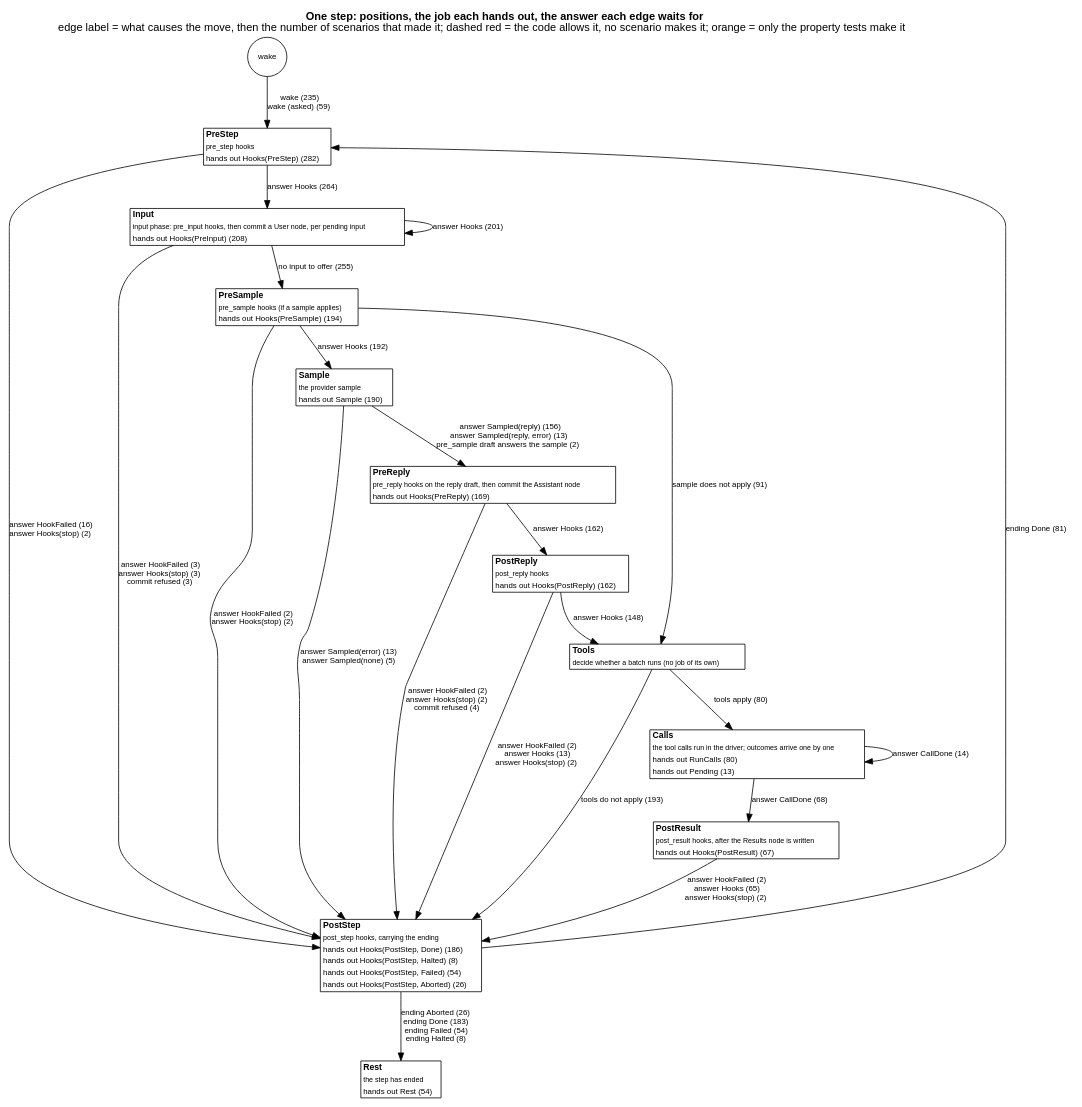
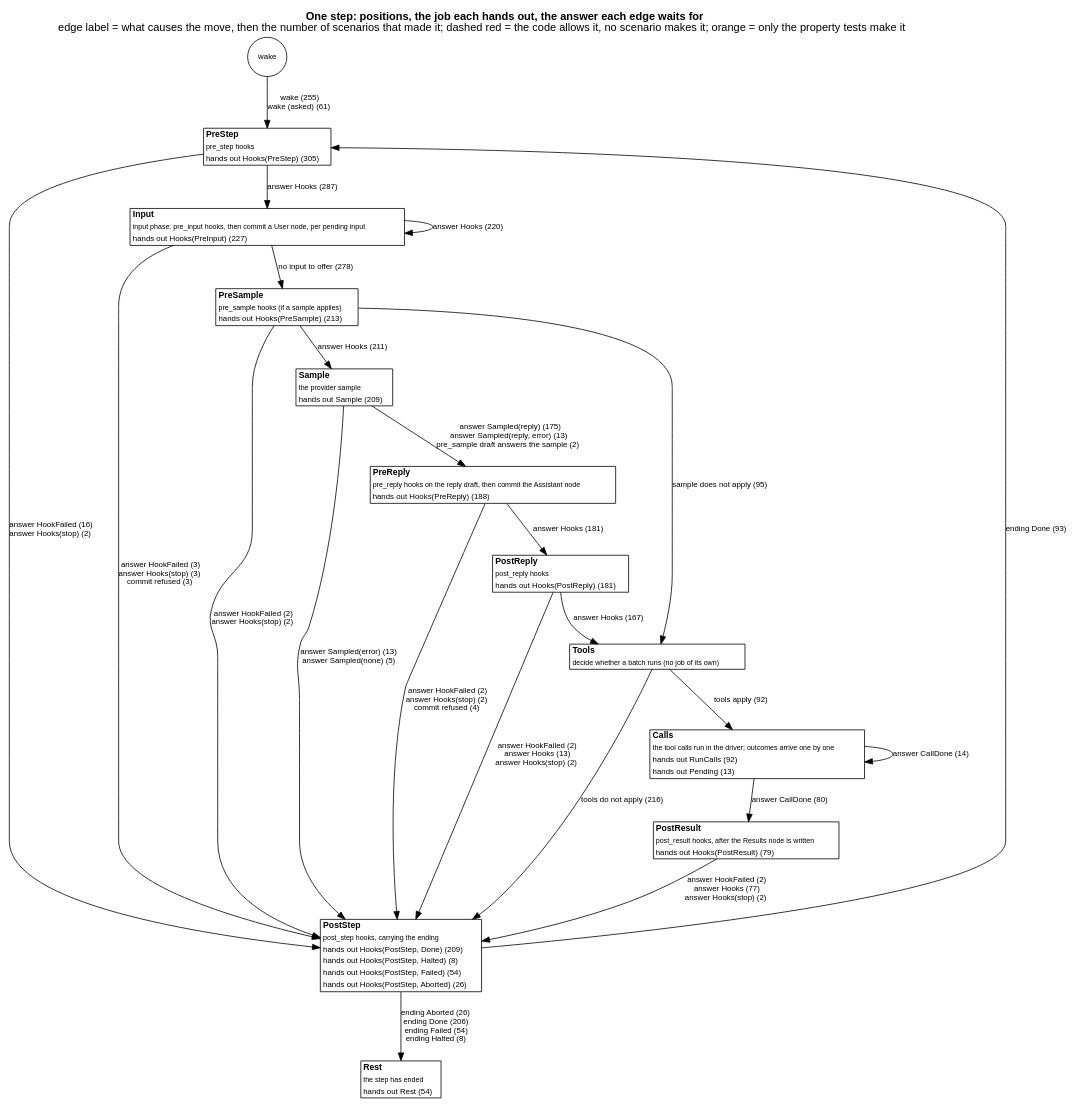
One commit to jmccardle/tau changed the diagram in docs/as-built/diagrams/step-positions.dot. Above: the diagram before and after it, drawn with Graphviz. The commit also changed 61 other files, not shown here.

```diff
--- a/docs/as-built/diagrams/step-positions.dot
+++ b/docs/as-built/diagrams/step-positions.dot
@@ -1,40 +1,40 @@
 // Generated by scripts/diagrams.sh from the test suites' transitions. Do not edit.
 digraph step_positions {
   graph [rankdir=TB, fontname="Helvetica", nodesep=0.5, ranksep=0.6, labelloc=t, label=<<b>One step: positions, the job each hands out, the answer each edge waits for</b><br/>edge label = what causes the move, then the number of scenarios that made it; dashed red = the code allows it, no scenario makes it; orange = only the property tests make it>];
   node [shape=plain, fontname="Helvetica", fontsize=11];
   edge [fontname="Helvetica", fontsize=10];
   "(wake)" [shape=circle, label="wake", fontsize=10];
-  "PreStep" [label=<<table border="1" cellborder="0" cellspacing="0" bgcolor="white"><tr><td align="left"><b>PreStep</b></td></tr><tr><td align="left"><font point-size="9">pre_step hooks</font></td></tr><tr><td align="left"><font color="black" point-size="10">hands out Hooks(PreStep) (282)</font></td></tr></table>>];
-  "Input" [label=<<table border="1" cellborder="0" cellspacing="0" bgcolor="white"><tr><td align="left"><b>Input</b></td></tr><tr><td align="left"><font point-size="9">input phase: pre_input hooks, then commit a User node, per pending input</font></td></tr><tr><td align="left"><font color="black" point-size="10">hands out Hooks(PreInput) (208)</font></td></tr></table>>];
-  "PreSample" [label=<<table border="1" cellborder="0" cellspacing="0" bgcolor="white"><tr><td align="left"><b>PreSample</b></td></tr><tr><td align="left"><font point-size="9">pre_sample hooks (if a sample applies)</font></td></tr><tr><td align="left"><font color="black" point-size="10">hands out Hooks(PreSample) (194)</font></td></tr></table>>];
-  "Sample" [label=<<table border="1" cellborder="0" cellspacing="0" bgcolor="white"><tr><td align="left"><b>Sample</b></td></tr><tr><td align="left"><font point-size="9">the provider sample</font></td></tr><tr><td align="left"><font color="black" point-size="10">hands out Sample (190)</font></td></tr></table>>];
-  "PreReply" [label=<<table border="1" cellborder="0" cellspacing="0" bgcolor="white"><tr><td align="left"><b>PreReply</b></td></tr><tr><td align="left"><font point-size="9">pre_reply hooks on the reply draft, then commit the Assistant node</font></td></tr><tr><td align="left"><font color="black" point-size="10">hands out Hooks(PreReply) (169)</font></td></tr></table>>];
-  "PostReply" [label=<<table border="1" cellborder="0" cellspacing="0" bgcolor="white"><tr><td align="left"><b>PostReply</b></td></tr><tr><td align="left"><font point-size="9">post_reply hooks</font></td></tr><tr><td align="left"><font color="black" point-size="10">hands out Hooks(PostReply) (162)</font></td></tr></table>>];
+  "PreStep" [label=<<table border="1" cellborder="0" cellspacing="0" bgcolor="white"><tr><td align="left"><b>PreStep</b></td></tr><tr><td align="left"><font point-size="9">pre_step hooks</font></td></tr><tr><td align="left"><font color="black" point-size="10">hands out Hooks(PreStep) (305)</font></td></tr></table>>];
+  "Input" [label=<<table border="1" cellborder="0" cellspacing="0" bgcolor="white"><tr><td align="left"><b>Input</b></td></tr><tr><td align="left"><font point-size="9">input phase: pre_input hooks, then commit a User node, per pending input</font></td></tr><tr><td align="left"><font color="black" point-size="10">hands out Hooks(PreInput) (227)</font></td></tr></table>>];
+  "PreSample" [label=<<table border="1" cellborder="0" cellspacing="0" bgcolor="white"><tr><td align="left"><b>PreSample</b></td></tr><tr><td align="left"><font point-size="9">pre_sample hooks (if a sample applies)</font></td></tr><tr><td align="left"><font color="black" point-size="10">hands out Hooks(PreSample) (213)</font></td></tr></table>>];
+  "Sample" [label=<<table border="1" cellborder="0" cellspacing="0" bgcolor="white"><tr><td align="left"><b>Sample</b></td></tr><tr><td align="left"><font point-size="9">the provider sample</font></td></tr><tr><td align="left"><font color="black" point-size="10">hands out Sample (209)</font></td></tr></table>>];
+  "PreReply" [label=<<table border="1" cellborder="0" cellspacing="0" bgcolor="white"><tr><td align="left"><b>PreReply</b></td></tr><tr><td align="left"><font point-size="9">pre_reply hooks on the reply draft, then commit the Assistant node</font></td></tr><tr><td align="left"><font color="black" point-size="10">hands out Hooks(PreReply) (188)</font></td></tr></table>>];
+  "PostReply" [label=<<table border="1" cellborder="0" cellspacing="0" bgcolor="white"><tr><td align="left"><b>PostReply</b></td></tr><tr><td align="left"><font point-size="9">post_reply hooks</font></td></tr><tr><td align="left"><font color="black" point-size="10">hands out Hooks(PostReply) (181)</font></td></tr></table>>];
   "Tools" [label=<<table border="1" cellborder="0" cellspacing="0" bgcolor="white"><tr><td align="left"><b>Tools</b></td></tr><tr><td align="left"><font point-size="9">decide whether a batch runs (no job of its own)</font></td></tr></table>>];
-  "Calls" [label=<<table border="1" cellborder="0" cellspacing="0" bgcolor="white"><tr><td align="left"><b>Calls</b></td></tr><tr><td align="left"><font point-size="9">the tool calls run in the driver; outcomes arrive one by one</font></td></tr><tr><td align="left"><font color="black" point-size="10">hands out RunCalls (80)</font></td></tr><tr><td align="left"><font color="black" point-size="10">hands out Pending (13)</font></td></tr></table>>];
-  "PostResult" [label=<<table border="1" cellborder="0" cellspacing="0" bgcolor="white"><tr><td align="left"><b>PostResult</b></td></tr><tr><td align="left"><font point-size="9">post_result hooks, after the Results node is written</font></td></tr><tr><td align="left"><font color="black" point-size="10">hands out Hooks(PostResult) (67)</font></td></tr></table>>];
-  "PostStep" [label=<<table border="1" cellborder="0" cellspacing="0" bgcolor="white"><tr><td align="left"><b>PostStep</b></td></tr><tr><td align="left"><font point-size="9">post_step hooks, carrying the ending</font></td></tr><tr><td align="left"><font color="black" point-size="10">hands out Hooks(PostStep, Done) (186)</font></td></tr><tr><td align="left"><font color="black" point-size="10">hands out Hooks(PostStep, Halted) (8)</font></td></tr><tr><td align="left"><font color="black" point-size="10">hands out Hooks(PostStep, Failed) (54)</font></td></tr><tr><td align="left"><font color="black" point-size="10">hands out Hooks(PostStep, Aborted) (26)</font></td></tr></table>>];
+  "Calls" [label=<<table border="1" cellborder="0" cellspacing="0" bgcolor="white"><tr><td align="left"><b>Calls</b></td></tr><tr><td align="left"><font point-size="9">the tool calls run in the driver; outcomes arrive one by one</font></td></tr><tr><td align="left"><font color="black" point-size="10">hands out RunCalls (92)</font></td></tr><tr><td align="left"><font color="black" point-size="10">hands out Pending (13)</font></td></tr></table>>];
+  "PostResult" [label=<<table border="1" cellborder="0" cellspacing="0" bgcolor="white"><tr><td align="left"><b>PostResult</b></td></tr><tr><td align="left"><font point-size="9">post_result hooks, after the Results node is written</font></td></tr><tr><td align="left"><font color="black" point-size="10">hands out Hooks(PostResult) (79)</font></td></tr></table>>];
+  "PostStep" [label=<<table border="1" cellborder="0" cellspacing="0" bgcolor="white"><tr><td align="left"><b>PostStep</b></td></tr><tr><td align="left"><font point-size="9">post_step hooks, carrying the ending</font></td></tr><tr><td align="left"><font color="black" point-size="10">hands out Hooks(PostStep, Done) (209)</font></td></tr><tr><td align="left"><font color="black" point-size="10">hands out Hooks(PostStep, Halted) (8)</font></td></tr><tr><td align="left"><font color="black" point-size="10">hands out Hooks(PostStep, Failed) (54)</font></td></tr><tr><td align="left"><font color="black" point-size="10">hands out Hooks(PostStep, Aborted) (26)</font></td></tr></table>>];
   "Rest" [label=<<table border="1" cellborder="0" cellspacing="0" bgcolor="white"><tr><td align="left"><b>Rest</b></td></tr><tr><td align="left"><font point-size="9">the step has ended</font></td></tr><tr><td align="left"><font color="black" point-size="10">hands out Rest (54)</font></td></tr></table>>];
-  "(wake)" -> "PreStep" [label=<wake (235)<br/>wake (asked) (59)>, color="black", style=solid];
+  "(wake)" -> "PreStep" [label=<wake (255)<br/>wake (asked) (61)>, color="black", style=solid];
   "Calls" -> "Calls" [label=<answer CallDone (14)>, color="black", style=solid];
-  "Calls" -> "PostResult" [label=<answer CallDone (68)>, color="black", style=solid];
-  "Input" -> "Input" [label=<answer Hooks (201)>, color="black", style=solid];
+  "Calls" -> "PostResult" [label=<answer CallDone (80)>, color="black", style=solid];
+  "Input" -> "Input" [label=<answer Hooks (220)>, color="black", style=solid];
   "Input" -> "PostStep" [label=<answer HookFailed (3)<br/>answer Hooks(stop) (3)<br/>commit refused (3)>, color="black", style=solid];
-  "Input" -> "PreSample" [label=<no input to offer (255)>, color="black", style=solid];
+  "Input" -> "PreSample" [label=<no input to offer (278)>, color="black", style=solid];
   "PostReply" -> "PostStep" [label=<answer HookFailed (2)<br/>answer Hooks (13)<br/>answer Hooks(stop) (2)>, color="black", style=solid];
-  "PostReply" -> "Tools" [label=<answer Hooks (148)>, color="black", style=solid];
-  "PostResult" -> "PostStep" [label=<answer HookFailed (2)<br/>answer Hooks (65)<br/>answer Hooks(stop) (2)>, color="black", style=solid];
-  "PostStep" -> "PreStep" [label=<ending Done (81)>, color="black", style=solid];
-  "PostStep" -> "Rest" [label=<ending Aborted (26)<br/>ending Done (183)<br/>ending Failed (54)<br/>ending Halted (8)>, color="black", style=solid];
-  "PreReply" -> "PostReply" [label=<answer Hooks (162)>, color="black", style=solid];
+  "PostReply" -> "Tools" [label=<answer Hooks (167)>, color="black", style=solid];
+  "PostResult" -> "PostStep" [label=<answer HookFailed (2)<br/>answer Hooks (77)<br/>answer Hooks(stop) (2)>, color="black", style=solid];
+  "PostStep" -> "PreStep" [label=<ending Done (93)>, color="black", style=solid];
+  "PostStep" -> "Rest" [label=<ending Aborted (26)<br/>ending Done (206)<br/>ending Failed (54)<br/>ending Halted (8)>, color="black", style=solid];
+  "PreReply" -> "PostReply" [label=<answer Hooks (181)>, color="black", style=solid];
   "PreReply" -> "PostStep" [label=<answer HookFailed (2)<br/>answer Hooks(stop) (2)<br/>commit refused (4)>, color="black", style=solid];
   "PreSample" -> "PostStep" [label=<answer HookFailed (2)<br/>answer Hooks(stop) (2)>, color="black", style=solid];
-  "PreSample" -> "Sample" [label=<answer Hooks (192)>, color="black", style=solid];
-  "PreSample" -> "Tools" [label=<sample does not apply (91)>, color="black", style=solid];
-  "PreStep" -> "Input" [label=<answer Hooks (264)>, color="black", style=solid];
+  "PreSample" -> "Sample" [label=<answer Hooks (211)>, color="black", style=solid];
+  "PreSample" -> "Tools" [label=<sample does not apply (95)>, color="black", style=solid];
+  "PreStep" -> "Input" [label=<answer Hooks (287)>, color="black", style=solid];
   "PreStep" -> "PostStep" [label=<answer HookFailed (16)<br/>answer Hooks(stop) (2)>, color="black", style=solid];
   "Sample" -> "PostStep" [label=<answer Sampled(error) (13)<br/>answer Sampled(none) (5)>, color="black", style=solid];
-  "Sample" -> "PreReply" [label=<answer Sampled(reply) (156)<br/>answer Sampled(reply, error) (13)<br/>pre_sample draft answers the sample (2)>, color="black", style=solid];
-  "Tools" -> "Calls" [label=<tools apply (80)>, color="black", style=solid];
-  "Tools" -> "PostStep" [label=<tools do not apply (193)>, color="black", style=solid];
+  "Sample" -> "PreReply" [label=<answer Sampled(reply) (175)<br/>answer Sampled(reply, error) (13)<br/>pre_sample draft answers the sample (2)>, color="black", style=solid];
+  "Tools" -> "Calls" [label=<tools apply (92)>, color="black", style=solid];
+  "Tools" -> "PostStep" [label=<tools do not apply (216)>, color="black", style=solid];
 }
```
